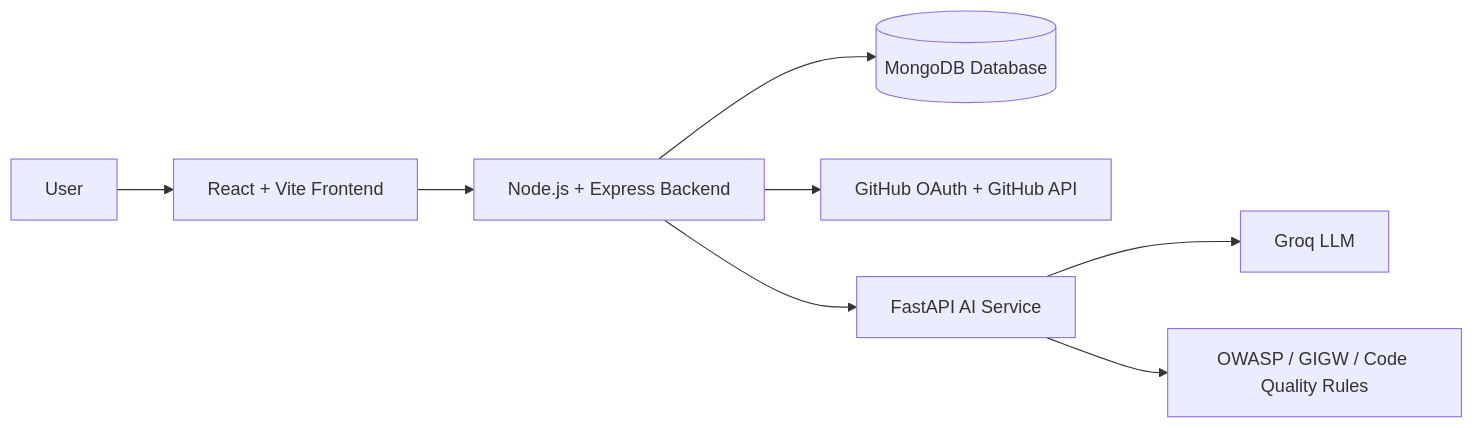
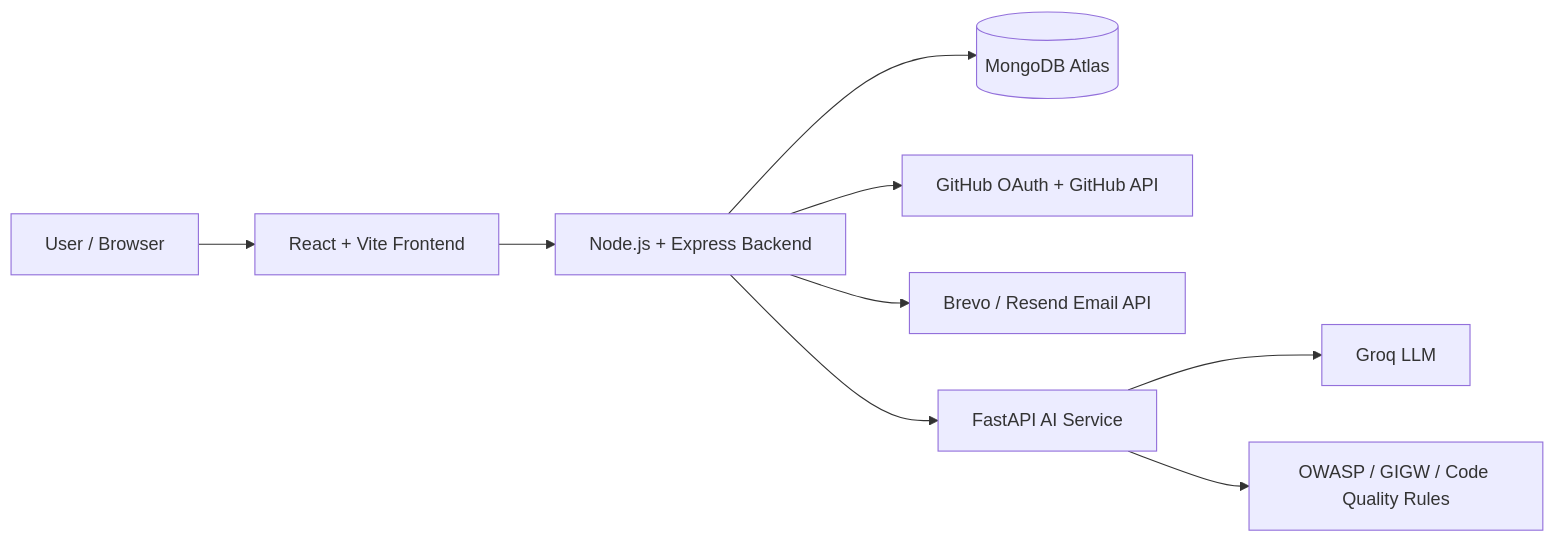
The first of 4 diagrams in README.md (Basit07861/Meridian), drawn with Mermaid before and after one commit. The commit also changed other lines of this file, not shown here.

````diff
--- a/README.md
+++ b/README.md
@@ -145,10 +239,11 @@
 ```mermaid
 flowchart LR
-    User[User] --> Frontend[React + Vite Frontend]
+    User[User / Browser] --> Frontend[React + Vite Frontend]
     Frontend --> Backend[Node.js + Express Backend]
-    Backend --> MongoDB[(MongoDB Database)]
+    Backend --> MongoDB[(MongoDB Atlas)]
     Backend --> GitHub[GitHub OAuth + GitHub API]
+    Backend --> Email[Brevo / Resend Email API]
     Backend --> AIService[FastAPI AI Service]
     AIService --> Groq[Groq LLM]
     AIService --> Rules[OWASP / GIGW / Code Quality Rules]
 ```
````
